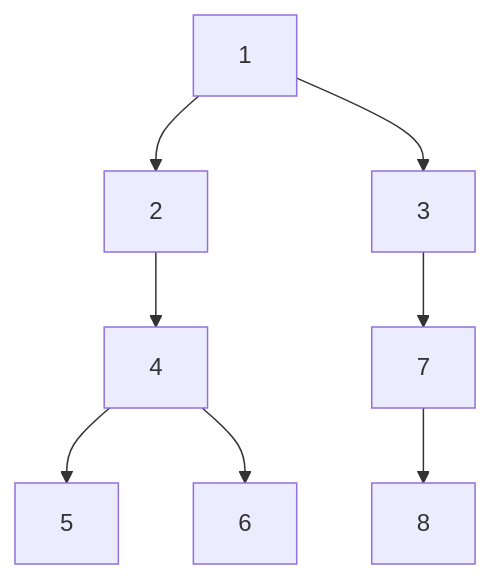
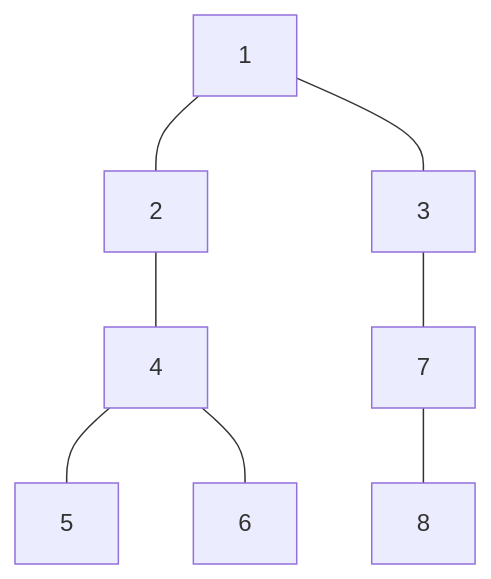
Before and after one commit to cquintella/Estruturas: the second of 5 diagrams in apresentacoes/unidade4/arvores_binarias.md, drawn with Mermaid. The commit also changed other lines of this file, not shown here.

````diff
--- a/apresentacoes/unidade4/arvores_binarias.md
+++ b/apresentacoes/unidade4/arvores_binarias.md
@@ -259,10 +259,10 @@
 ```mermaid
 graph TD
-1 --> 2
-1 --> 3
-2 --> 4
-4 --> 5
-4 --> 6
-3 --> 7
-7 --> 8
+1 --- 2
+1 --- 3
+2 --- 4
+4 --- 5
+4 --- 6
+3 --- 7
+7 --- 8
 ```
````
